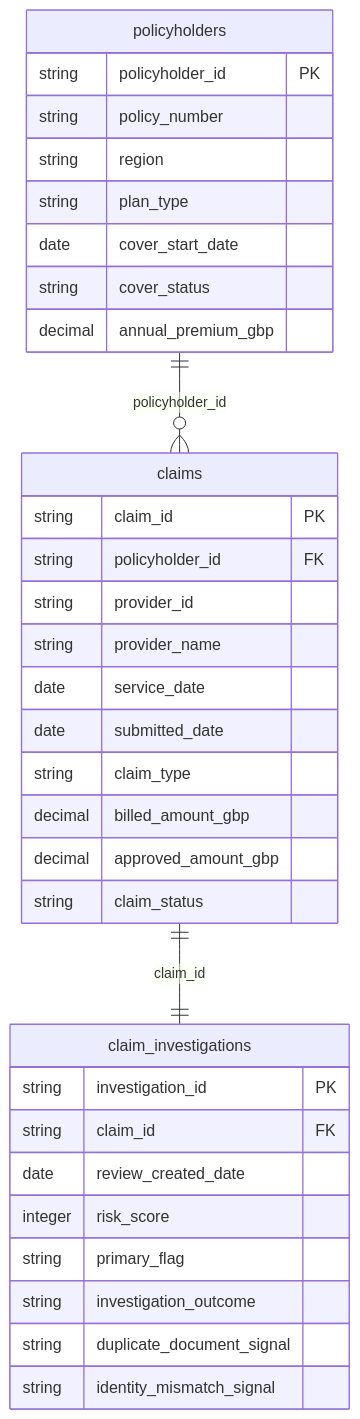
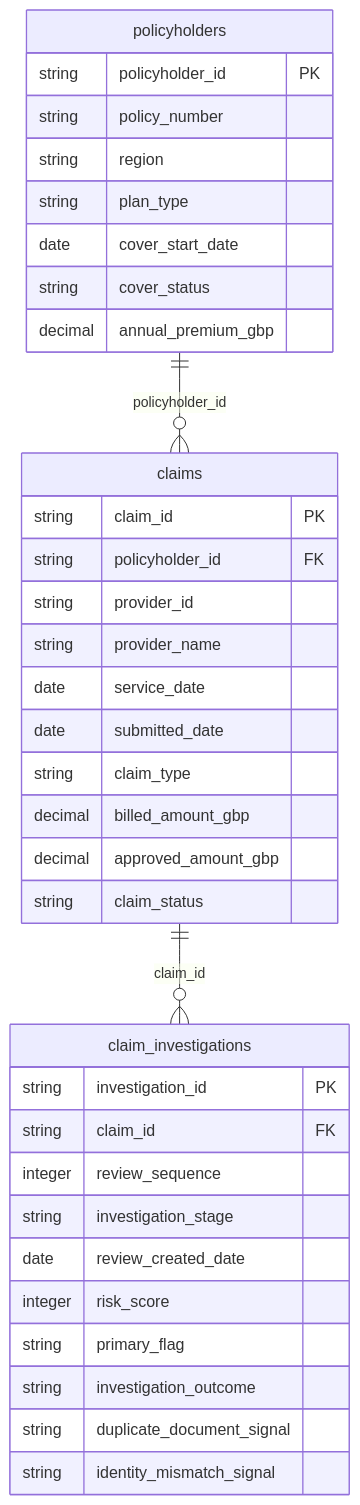
Before and after one commit to hgrandy94/health_insurance_claims: the diagram in README.md, drawn with Mermaid. The commit also changed other lines of this file, not shown here.

Commit message:
Changes to claim_investigation.csv

````diff
--- a/README.md
+++ b/README.md
@@ -22,39 +22,41 @@
 ```mermaid
 erDiagram
 	policyholders ||--o{ claims : "policyholder_id"
-	claims ||--|| claim_investigations : "claim_id"
+	claims ||--o{ claim_investigations : "claim_id"
 
 	policyholders {
 		string policyholder_id PK
 		string policy_number
 		string region
 		string plan_type
 		date cover_start_date
 		string cover_status
 		decimal annual_premium_gbp
 	}
 
 	claims {
 		string claim_id PK
 		string policyholder_id FK
 		string provider_id
 		string provider_name
 		date service_date
 		date submitted_date
 		string claim_type
 		decimal billed_amount_gbp
 		decimal approved_amount_gbp
 		string claim_status
 	}
 
 	claim_investigations {
 		string investigation_id PK
 		string claim_id FK
+		integer review_sequence
+		string investigation_stage
 		date review_created_date
 		integer risk_score
 		string primary_flag
 		string investigation_outcome
 		string duplicate_document_signal
 		string identity_mismatch_signal
 	}
 ```
````
